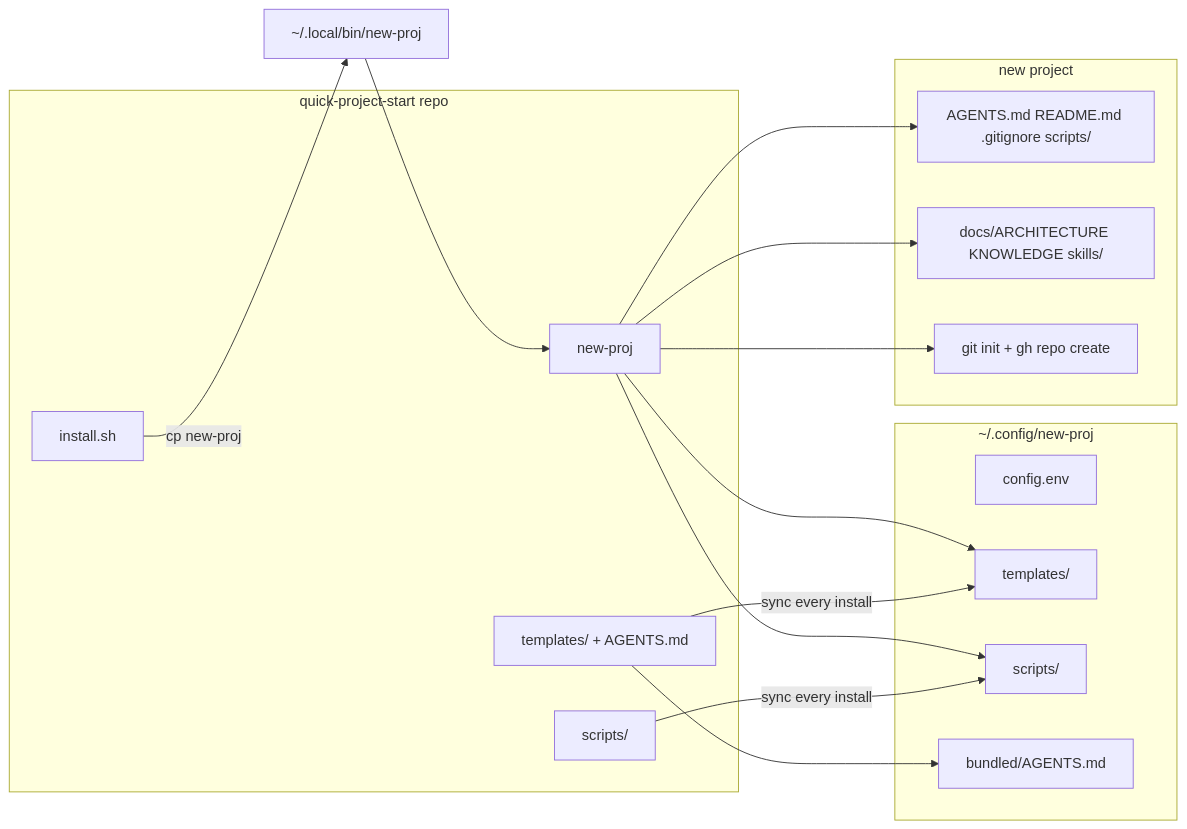
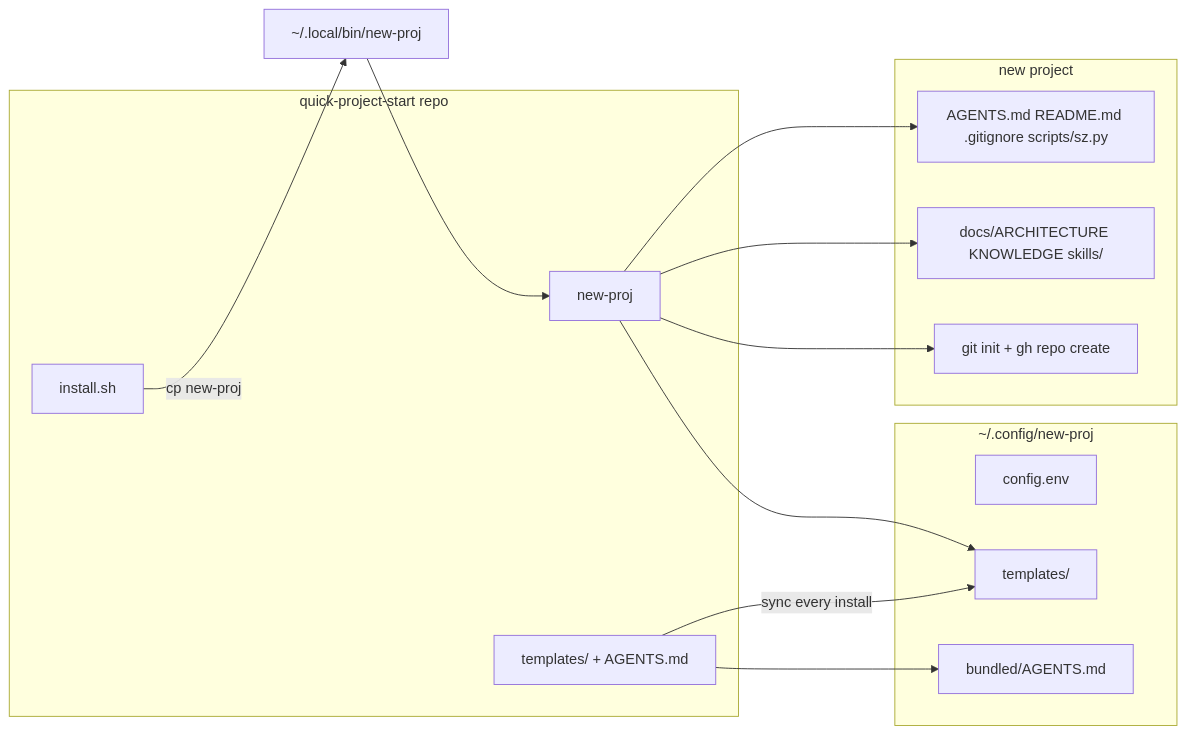
One commit to jdserenity/quick-project-start changed the diagram in docs/ARCHITECTURE.md. Above: the diagram before and after it, drawn with Mermaid. The commit also changed other lines of this file and 6 other files, not shown here.

````diff
--- a/docs/ARCHITECTURE.md
+++ b/docs/ARCHITECTURE.md
@@ -95,30 +93,26 @@
 ```mermaid
 flowchart LR
   subgraph repo["quick-project-start repo"]
     install["install.sh"]
     script["new-proj"]
     tplsrc["templates/ + AGENTS.md"]
-    scriptsrc["scripts/"]
   end
   subgraph global["~/.config/new-proj"]
     cfg["config.env"]
     tpl["templates/"]
-    scr["scripts/"]
     bundled["bundled/AGENTS.md"]
   end
   subgraph out["new project"]
-    root["AGENTS.md README.md .gitignore scripts/"]
+    root["AGENTS.md README.md .gitignore scripts/sz.py"]
     scaffold["docs/ARCHITECTURE KNOWLEDGE skills/"]
     git["git init + gh repo create"]
   end
   install -->|"cp new-proj"| bin["~/.local/bin/new-proj"]
   tplsrc -->|"sync every install"| tpl
-  scriptsrc -->|"sync every install"| scr
   tplsrc --> bundled
   bin --> script
   script --> tpl
-  script --> scr
   script --> root
   script --> scaffold
   script --> git
 ```
````
